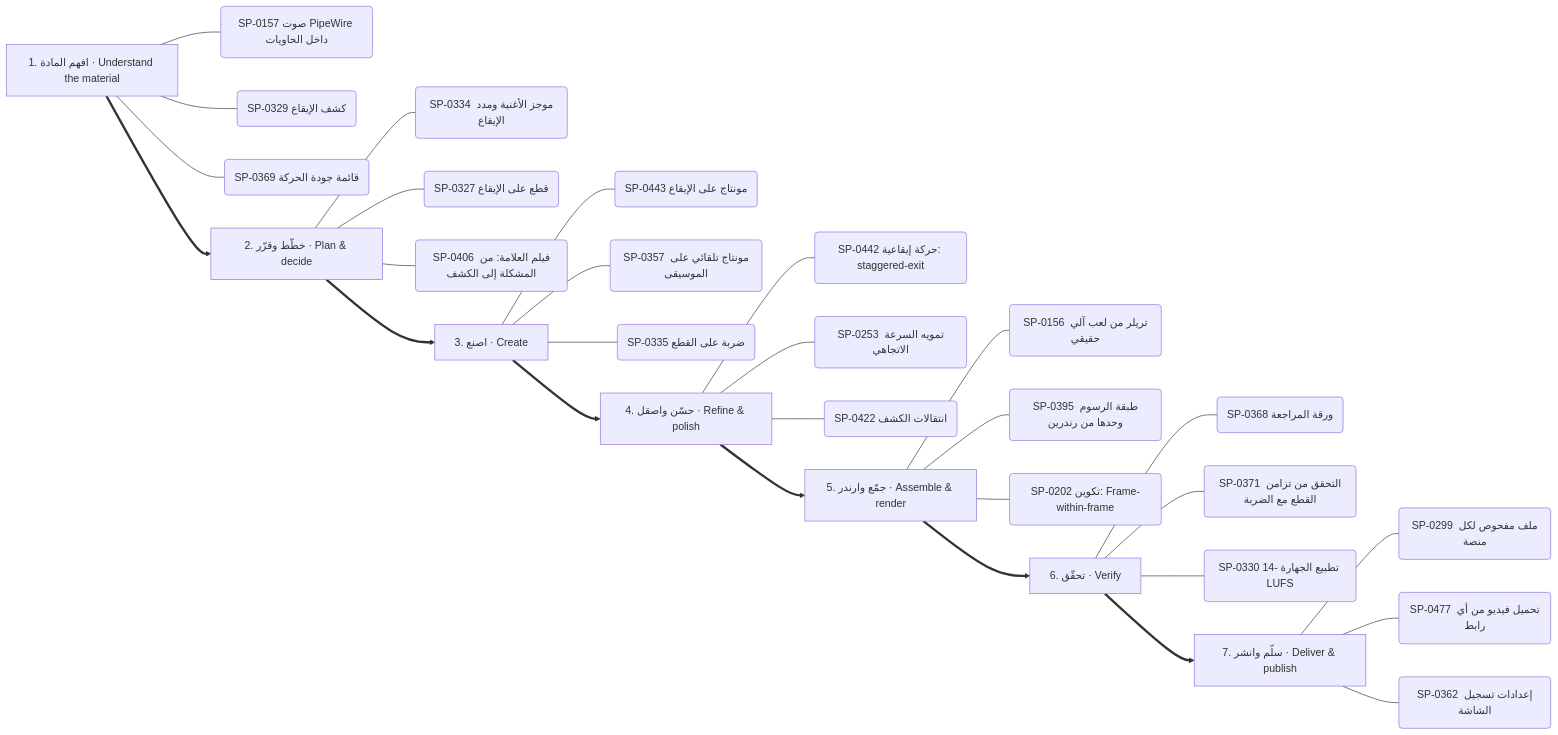
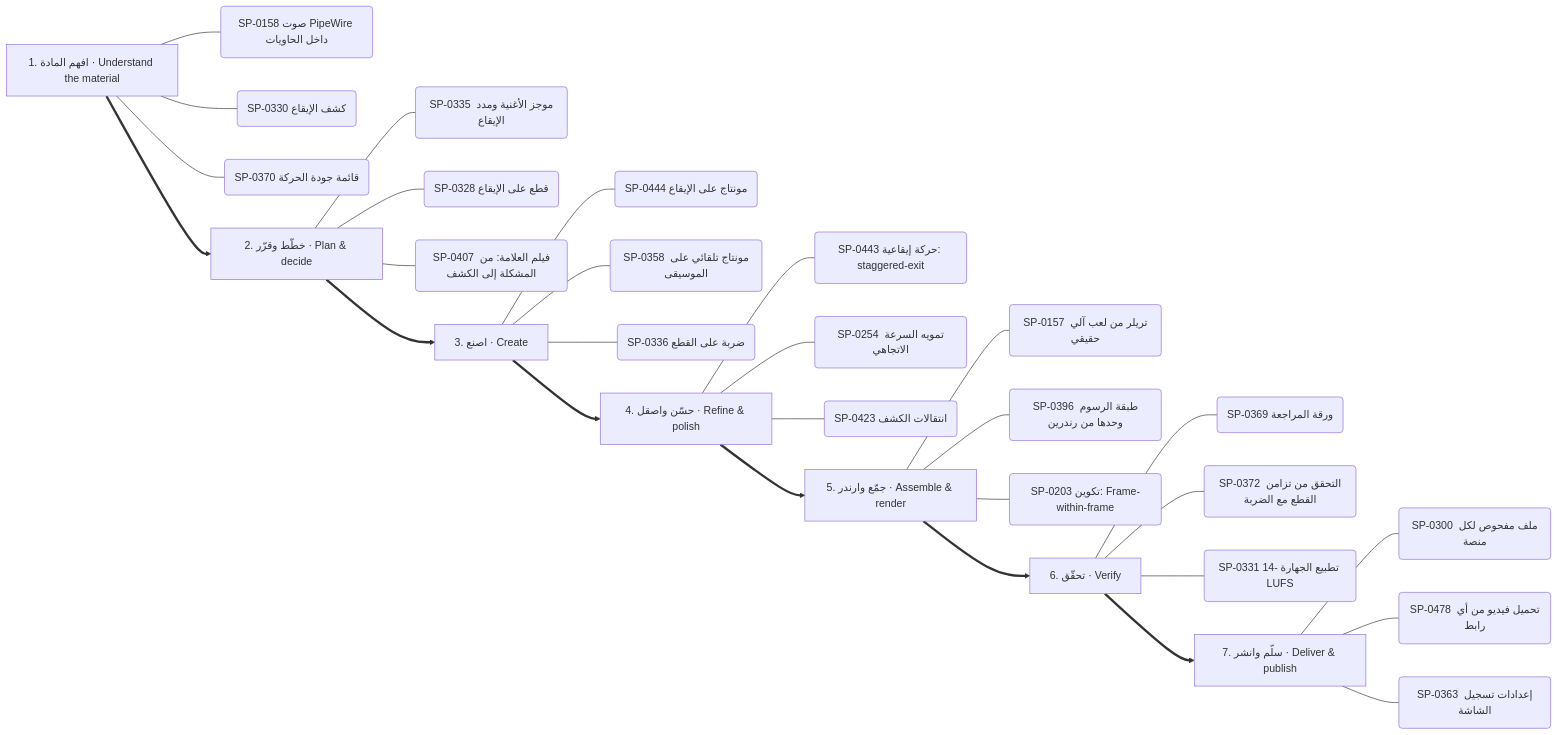
One commit to kosif199022-jpg/kosif-tool changed the third of 13 diagrams in .claude/skills/kosif-superpowers/references/capability-mindmap.md. Above: the diagram before and after it, drawn with Mermaid. The commit also changed other lines of this file and 57 other files, not shown here.

````diff
--- a/.claude/skills/kosif-superpowers/references/capability-mindmap.md
+++ b/.claude/skills/kosif-superpowers/references/capability-mindmap.md
@@ -179,37 +179,37 @@
 ```mermaid
 flowchart LR
   S0["1. افهم المادة · Understand the material"]
-  S0 --- S0_0("SP-0157 صوت PipeWire داخل الحاويات")
-  S0 --- S0_1("SP-0329 كشف الإيقاع")
-  S0 --- S0_2("SP-0369 قائمة جودة الحركة")
+  S0 --- S0_0("SP-0158 صوت PipeWire داخل الحاويات")
+  S0 --- S0_1("SP-0330 كشف الإيقاع")
+  S0 --- S0_2("SP-0370 قائمة جودة الحركة")
   S1["2. خطّط وقرّر · Plan & decide"]
-  S1 --- S1_0("SP-0334 موجز الأغنية ومدد الإيقاع")
-  S1 --- S1_1("SP-0327 قطع على الإيقاع")
-  S1 --- S1_2("SP-0406 فيلم العلامة: من المشكلة إلى الكشف")
+  S1 --- S1_0("SP-0335 موجز الأغنية ومدد الإيقاع")
+  S1 --- S1_1("SP-0328 قطع على الإيقاع")
+  S1 --- S1_2("SP-0407 فيلم العلامة: من المشكلة إلى الكشف")
   S0 ==> S1
   S2["3. اصنع · Create"]
-  S2 --- S2_0("SP-0443 مونتاج على الإيقاع")
-  S2 --- S2_1("SP-0357 مونتاج تلقائي على الموسيقى")
-  S2 --- S2_2("SP-0335 ضربة على القطع")
+  S2 --- S2_0("SP-0444 مونتاج على الإيقاع")
+  S2 --- S2_1("SP-0358 مونتاج تلقائي على الموسيقى")
+  S2 --- S2_2("SP-0336 ضربة على القطع")
   S1 ==> S2
   S3["4. حسّن واصقل · Refine & polish"]
-  S3 --- S3_0("SP-0442 حركة إيقاعية: staggered-exit")
-  S3 --- S3_1("SP-0253 تمويه السرعة الاتجاهي")
-  S3 --- S3_2("SP-0422 انتقالات الكشف")
+  S3 --- S3_0("SP-0443 حركة إيقاعية: staggered-exit")
+  S3 --- S3_1("SP-0254 تمويه السرعة الاتجاهي")
+  S3 --- S3_2("SP-0423 انتقالات الكشف")
   S2 ==> S3
   S4["5. جمّع وارندر · Assemble & render"]
-  S4 --- S4_0("SP-0156 تريلر من لعب آلي حقيقي")
-  S4 --- S4_1("SP-0395 طبقة الرسوم وحدها من رندرين")
-  S4 --- S4_2("SP-0202 تكوين: Frame-within-frame")
+  S4 --- S4_0("SP-0157 تريلر من لعب آلي حقيقي")
+  S4 --- S4_1("SP-0396 طبقة الرسوم وحدها من رندرين")
+  S4 --- S4_2("SP-0203 تكوين: Frame-within-frame")
   S3 ==> S4
   S5["6. تحقّق · Verify"]
-  S5 --- S5_0("SP-0368 ورقة المراجعة")
-  S5 --- S5_1("SP-0371 التحقق من تزامن القطع مع الضربة")
-  S5 --- S5_2("SP-0330 تطبيع الجهارة -14 LUFS")
+  S5 --- S5_0("SP-0369 ورقة المراجعة")
+  S5 --- S5_1("SP-0372 التحقق من تزامن القطع مع الضربة")
+  S5 --- S5_2("SP-0331 تطبيع الجهارة -14 LUFS")
   S4 ==> S5
   S6["7. سلّم وانشر · Deliver & publish"]
-  S6 --- S6_0("SP-0299 ملف مفحوص لكل منصة")
-  S6 --- S6_1("SP-0477 تحميل فيديو من أي رابط")
-  S6 --- S6_2("SP-0362 إعدادات تسجيل الشاشة")
+  S6 --- S6_0("SP-0300 ملف مفحوص لكل منصة")
+  S6 --- S6_1("SP-0478 تحميل فيديو من أي رابط")
+  S6 --- S6_2("SP-0363 إعدادات تسجيل الشاشة")
   S5 ==> S6
 ```
````
